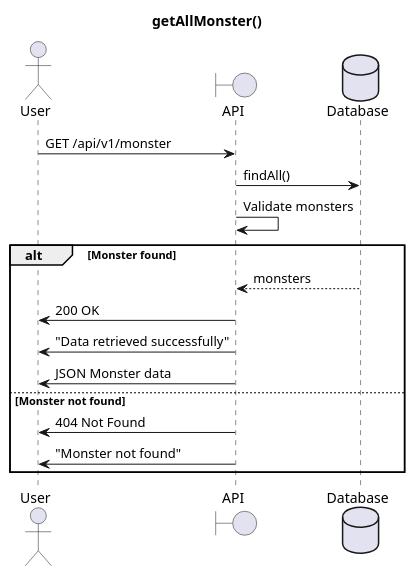
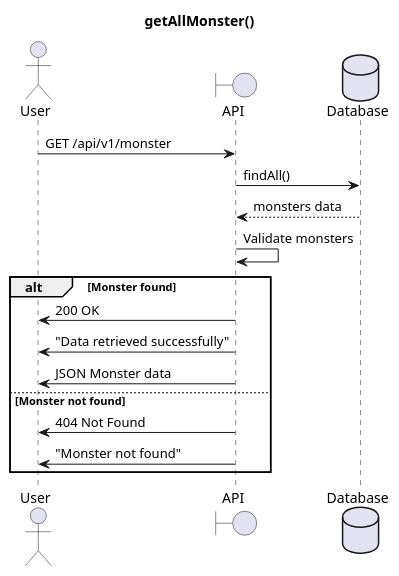
Before and after one commit to b6428259/PriorLab1: the diagram in PlantUML/Monster/getMonster.puml, drawn with PlantUML. The commit also changed 21 other files, not shown here.

```diff
--- a/PlantUML/Monster/getMonster.puml
+++ b/PlantUML/Monster/getMonster.puml
@@ -1,22 +1,22 @@
 @startuml
 title getAllMonster()
 
 actor User as u
 boundary API as a
 database Database as d
 
 u->a : GET /api/v1/monster
 a->d: findAll()
+    d-->a : monsters data
 a->a : Validate monsters
 
 alt Monster found
-    d-->a : monsters
     a->u : 200 OK
     a->u : "Data retrieved successfully"
     a->u : JSON Monster data
 else Monster not found
     a->u : 404 Not Found
     a->u : "Monster not found"
 end
 
 @enduml
```
